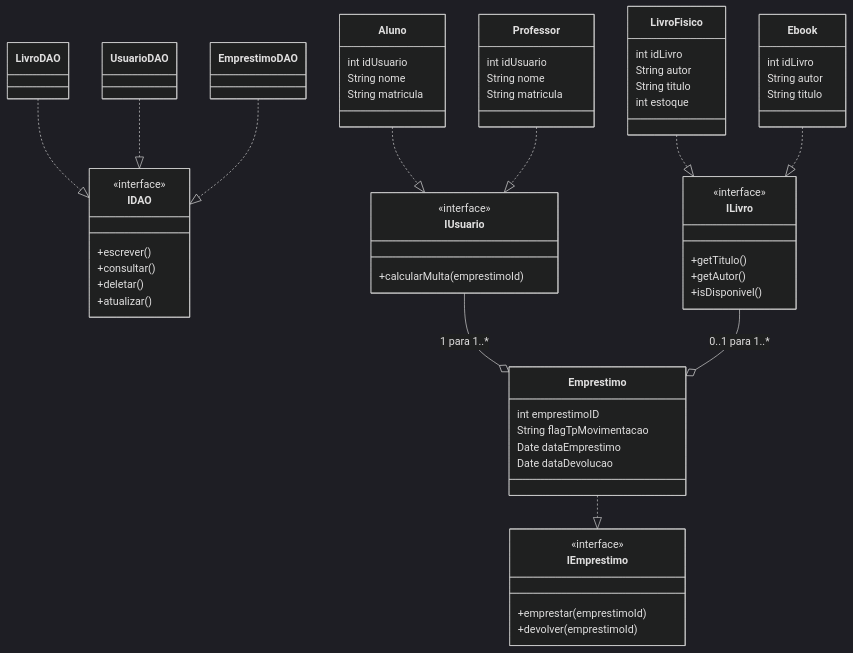
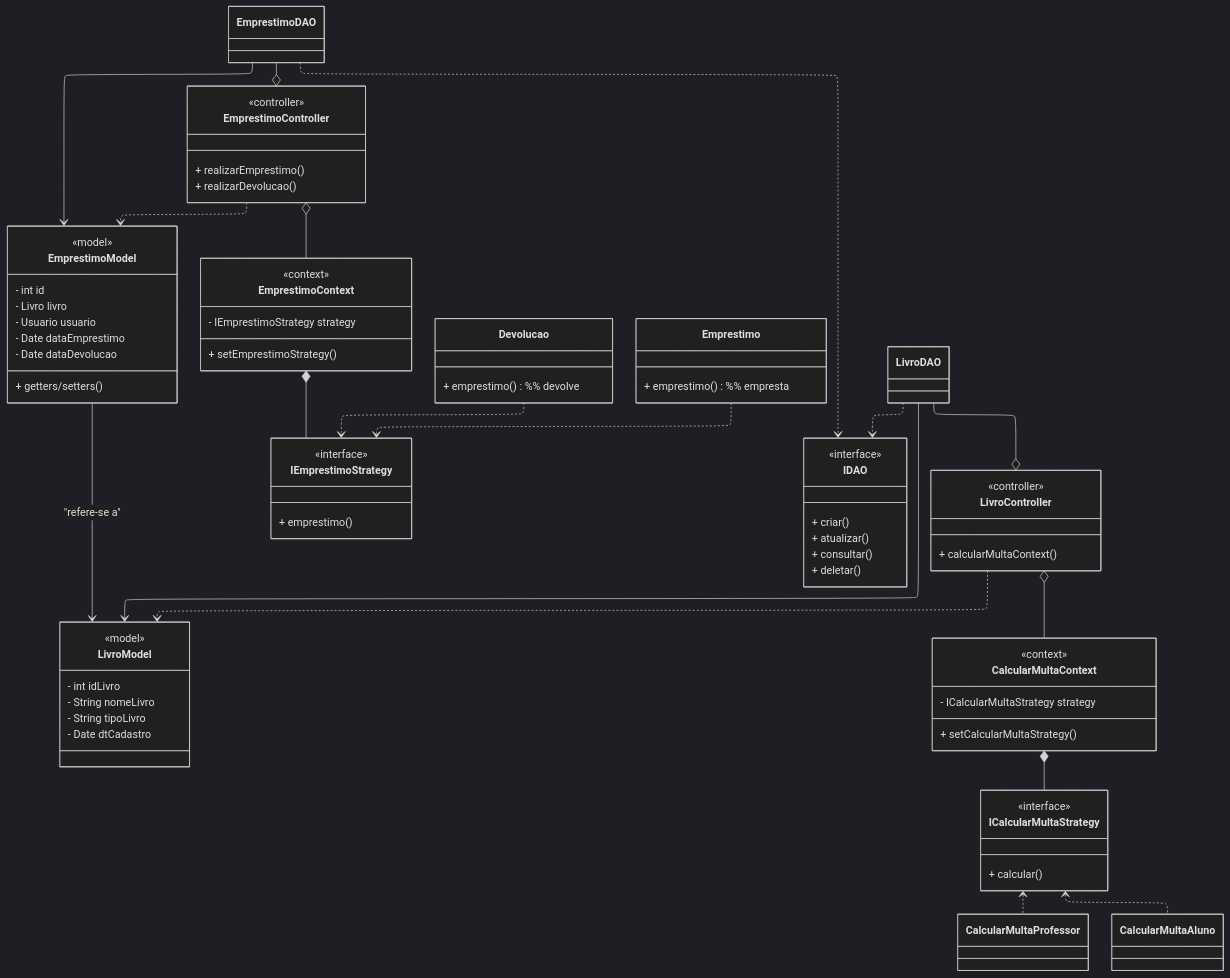
Before and after one commit to BrenooOliveira/AulasFatec: the diagram in JavaPOO/projetoFinal/classDiagram.md, drawn with Mermaid (dark theme). The commit also changed 1 other file, not shown here.

Commit message:
feat: :sparkles: diagramming

````diff
--- a/JavaPOO/projetoFinal/classDiagram.md
+++ b/JavaPOO/projetoFinal/classDiagram.md
@@ -1,84 +1,119 @@
 ```mermaid
+---
+config:
+  layout: elk
+---
 classDiagram
-direction TB
 
-%% ==== Interfaces ====
-class IDAO {
-  <<interface>>
-  +escrever()
-  +consultar()
-  +deletar()
-  +atualizar()
+%% ================================
+%% 📘 CAMADA MODEL
+%% ================================
+class  EmprestimoModel {
+    <<model>>
+    - int id
+    - Livro livro
+    - Usuario usuario
+    - Date dataEmprestimo
+    - Date dataDevolucao
+    + getters/setters()
 }
 
-class ILivro {
-  <<interface>>
-  +getTitulo()
-  +getAutor()
-  +isDisponivel()
+class  LivroModel {
+    <<model>>
+    - int idLivro
+    - String nomeLivro
+    - String tipoLivro
+    - Date dtCadastro
 }
 
-class IUsuario {
-  <<interface>>
-  +calcularMulta(emprestimoId)
+EmprestimoModel --> LivroModel : "refere-se a"
+
+%% ================================
+%% ⚙️ CAMADA CONTEXT / STRATEGY - EMPRÉSTIMO
+%% ================================
+class  IEmprestimoStrategy {
+    <<interface>>
+    + emprestimo()
 }
 
-class IEmprestimo {
-  <<interface>>
-  +emprestar(emprestimoId)
-  +devolver(emprestimoId)
+class  EmprestimoContext {
+    <<context>>
+    - IEmprestimoStrategy strategy
+    + setEmprestimoStrategy()
 }
 
-%% ==== Entidades ====
-class LivroFisico {
-  int idLivro
-  String autor
-  String titulo
-  int estoque
-}
-
-class Ebook {
-  int idLivro
-  String autor
-  String titulo
-}
-
-class Aluno {
-  int idUsuario
-  String nome
-  String matricula
-}
-
-class Professor {
-  int idUsuario
-  String nome
-  String matricula
+class Devolucao {
+    + emprestimo() %% devolve
 }
 
 class Emprestimo {
-  int emprestimoID
-  String flagTpMovimentacao
-  Date dataEmprestimo
-  Date dataDevolucao
+    + emprestimo() %% empresta
 }
 
-%% ==== DAOs ====
+EmprestimoContext *-- IEmprestimoStrategy
+Devolucao ..> IEmprestimoStrategy
+Emprestimo ..> IEmprestimoStrategy
+
+%% ================================
+%% ⚙️ CAMADA CONTEXT / STRATEGY - MULTA
+%% ================================
+class  ICalcularMultaStrategy {
+    <<interface>>
+    + calcular()
+}
+
+class  CalcularMultaContext {
+    <<context>>
+    - ICalcularMultaStrategy strategy
+    + setCalcularMultaStrategy()
+}
+
+class CalcularMultaProfessor
+class CalcularMultaAluno
+
+CalcularMultaContext *-- ICalcularMultaStrategy
+ICalcularMultaStrategy <.. CalcularMultaProfessor
+ICalcularMultaStrategy <.. CalcularMultaAluno
+
+%% ================================
+%% 🧩 CAMADA DAO
+%% ================================
+class  IDAO {
+    <<interface>>
+    + criar()
+    + atualizar()
+    + consultar()
+    + deletar()
+}
+
+class EmprestimoDAO
 class LivroDAO
-class UsuarioDAO
-class EmprestimoDAO
 
-%% ==== Implementações ====
-LivroFisico ..|> ILivro
-Ebook ..|> ILivro
-Aluno ..|> IUsuario
-Professor ..|> IUsuario
-LivroDAO ..|> IDAO
-UsuarioDAO ..|> IDAO
-EmprestimoDAO ..|> IDAO
-Emprestimo ..|> IEmprestimo
+EmprestimoDAO ..> IDAO
+LivroDAO ..> IDAO
+EmprestimoDAO --> EmprestimoModel
+LivroDAO --> LivroModel
 
-%% ==== Relações ====
-IUsuario --o Emprestimo : 1 para 1..*
-ILivro --o Emprestimo : 0..1 para 1..*
+%% ================================
+%% 🎯 CAMADA CONTROLLER
+%% ================================
+class  EmprestimoController {
+    <<controller>>
+    + realizarEmprestimo()
+    + realizarDevolucao()
+}
+
+class  LivroController {
+    <<controller>>
+    + calcularMultaContext()
+}
+
+EmprestimoController o-- EmprestimoContext
+EmprestimoDAO --o EmprestimoController
+EmprestimoController ..> EmprestimoModel
+
+LivroDAO --o LivroController
+LivroController ..> LivroModel
+LivroController o-- CalcularMultaContext
 
 ```
````
